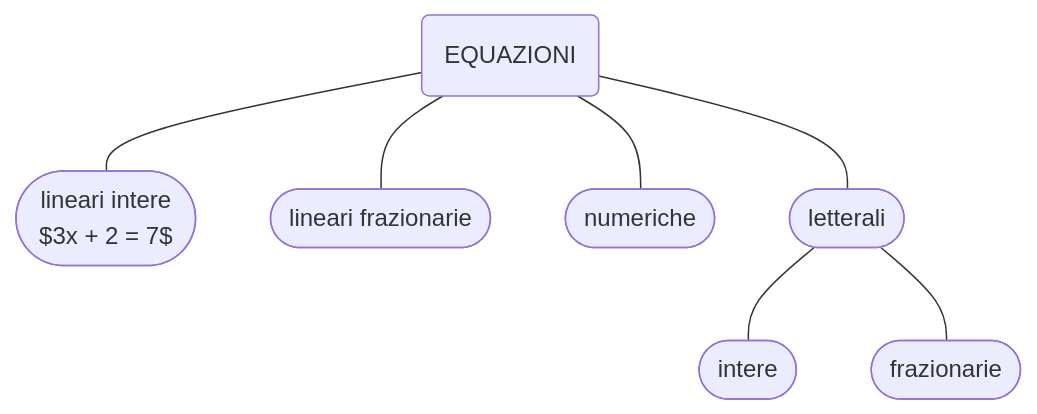
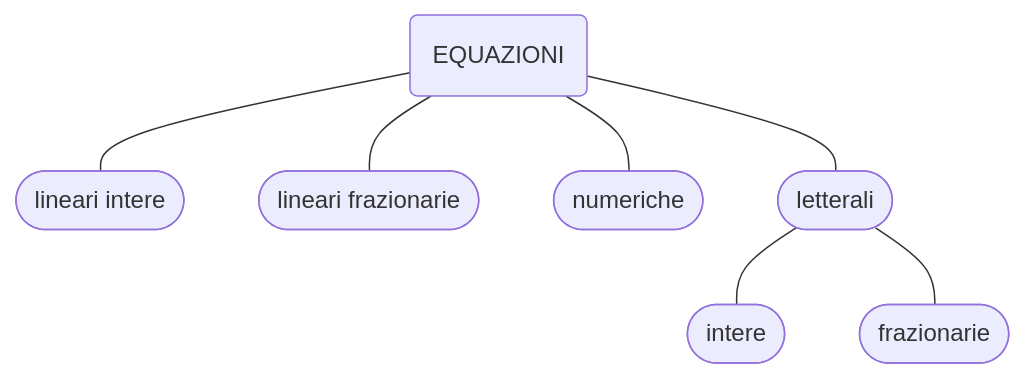
Before and after one commit to jazzmagus/mathacademy: the diagram in content/courses/math-02/capitolo8.md, drawn with Mermaid.

Commit message:
minor fix

````diff
--- a/content/courses/math-02/capitolo8.md
+++ b/content/courses/math-02/capitolo8.md
@@ -49,17 +49,17 @@
 ```mermaid
 flowchart TD
     id1(EQUAZIONI)
 
-    id2([lineari intere <br> $3x + 2 = 7$])
+    id2([lineari intere])
     id3([lineari frazionarie])
     id4([numeriche])
     id5([letterali])
     id6([intere])
     id7([frazionarie])
   id1 --- id2
   id1 --- id3
   id1 --- id4
   id1 --- id5
   id5 --- id6
   id5 --- id7
 ```
````
